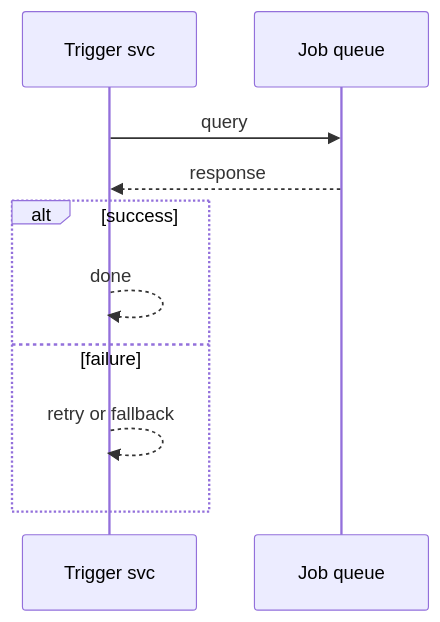
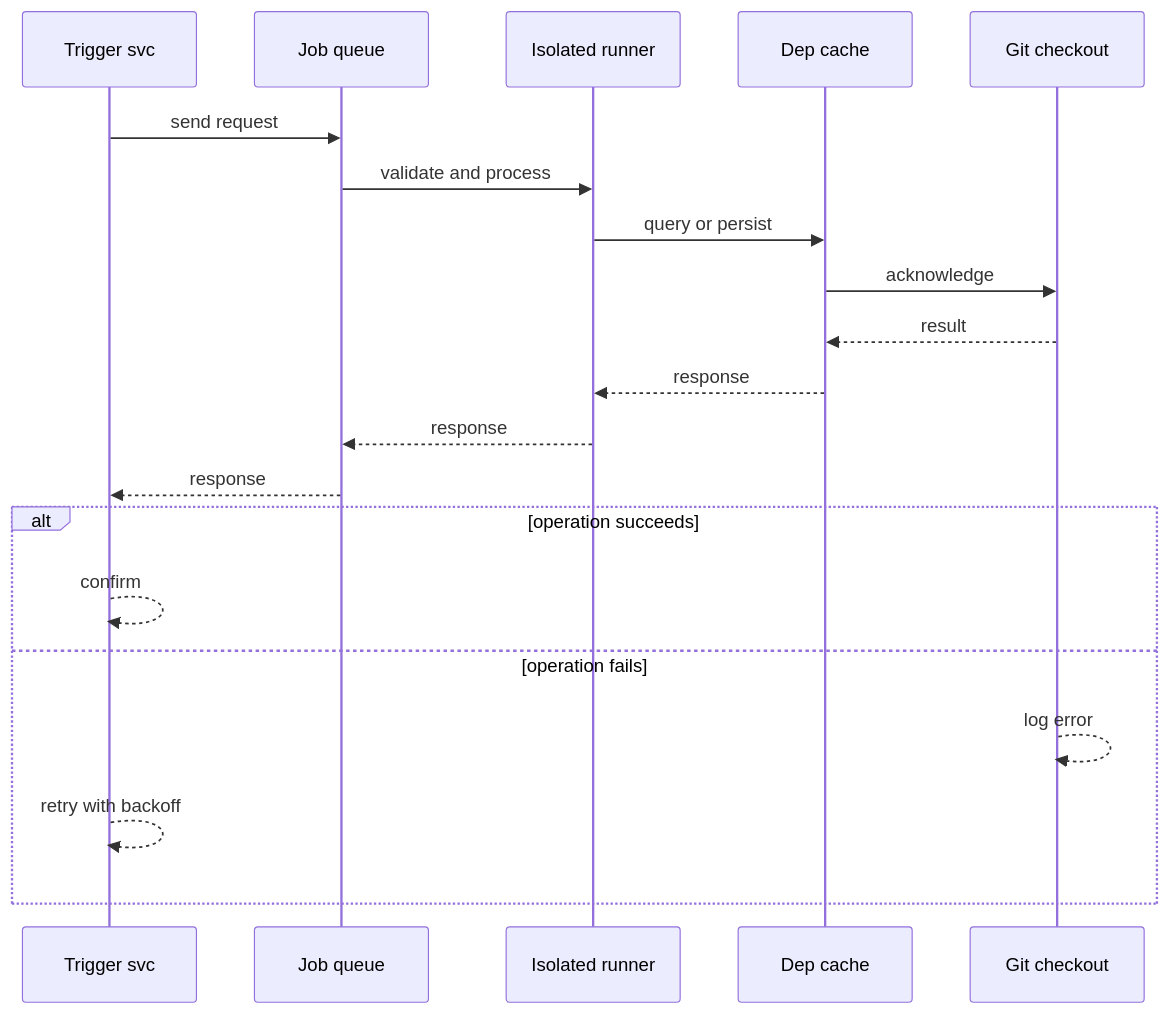
The second of 4 diagrams in case-studies/advanced/ci-platform.md (RIT-MESH/system-design-mastery), drawn with Mermaid before and after one commit. The commit also changed other lines of this file and 64 other files, not shown here.

````diff
--- a/case-studies/advanced/ci-platform.md
+++ b/case-studies/advanced/ci-platform.md
@@ -77,13 +65,23 @@
 ```mermaid
 %% created-for: system-design-mastery
 sequenceDiagram
-  participant P0 as Trigger svc
-  participant P1 as Job queue
-  P0 ->> P1: query
-  P1 -->> P0: response
-  alt success
-    P0 -->> P0: done
-  else failure
-    P0 -->> P0: retry or fallback
+  participant C0 as Trigger svc
+  participant C1 as Job queue
+  participant C2 as Isolated runner
+  participant C3 as Dep cache
+  participant C4 as Git checkout
+  C0 ->> C1: send request
+  C1 ->> C2: validate and process
+  C2 ->> C3: query or persist
+  C3 ->> C4: acknowledge
+  C4 -->> C3: result
+  C3 -->> C2: response
+  C2 -->> C1: response
+  C1 -->> C0: response
+  alt operation succeeds
+    C0 -->> C0: confirm
+  else operation fails
+    C4 -->> C4: log error
+    C0 -->> C0: retry with backoff
   end
 ```
````
